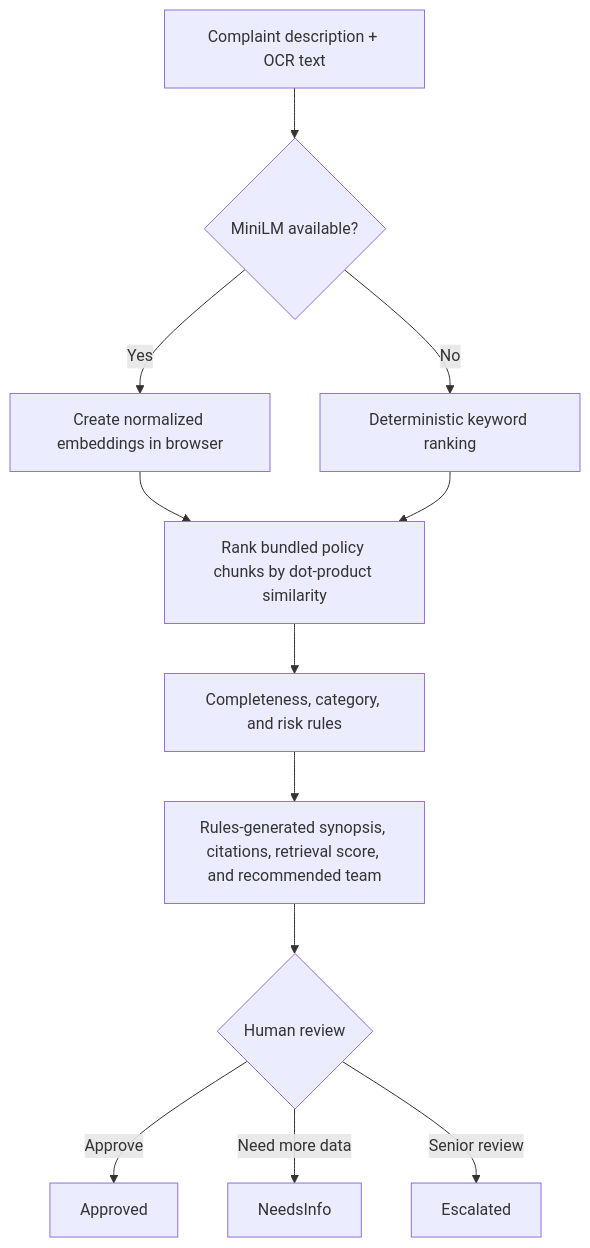
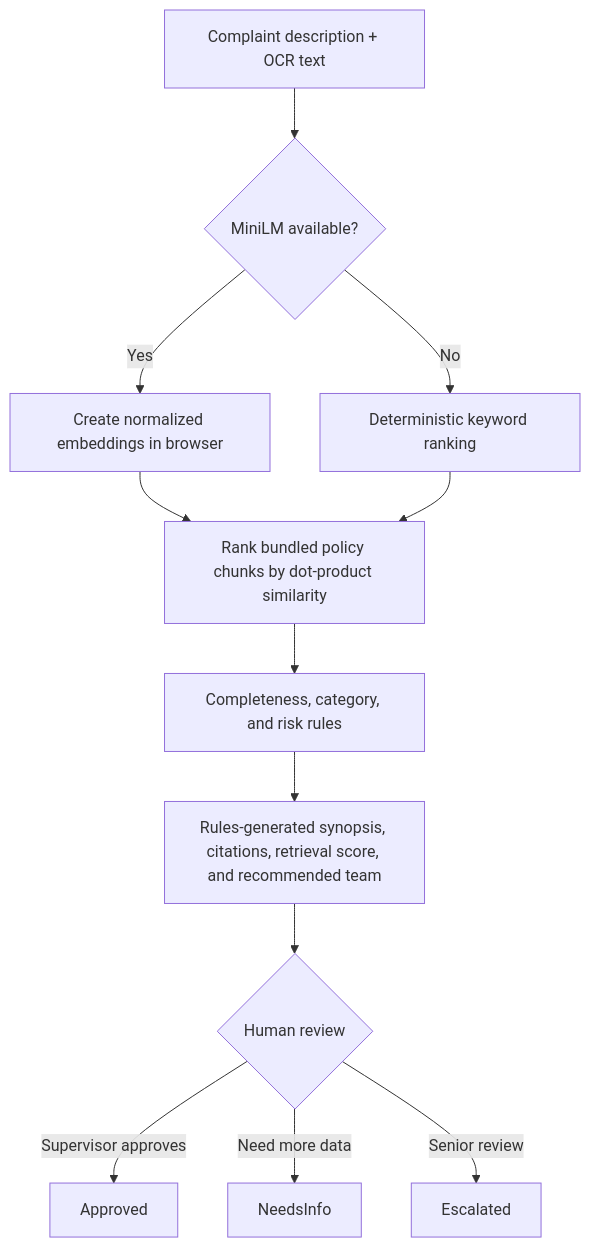
One commit to naveenalavilli/complaint-triage changed the fourth of 5 diagrams in docs/ARCHITECTURE.md. Above: the diagram before and after it, drawn with Mermaid. The commit also changed other lines of this file and 9 other files, not shown here.

````diff
--- a/docs/ARCHITECTURE.md
+++ b/docs/ARCHITECTURE.md
@@ -149,14 +149,14 @@
 ```mermaid
 flowchart TD
     Input[Complaint description + OCR text] --> ModelLoad{MiniLM available?}
     ModelLoad -->|Yes| Embed[Create normalized embeddings in browser]
     Embed --> Rank[Rank bundled policy chunks by dot-product similarity]
     ModelLoad -->|No| Lexical[Deterministic keyword ranking]
     Lexical --> Rank
     Rank --> Rules[Completeness, category, and risk rules]
     Rules --> Result[Rules-generated synopsis, citations, retrieval score, and recommended team]
     Result --> Human{Human review}
-    Human -->|Approve| Approved[Approved]
+    Human -->|Supervisor approves| Approved[Approved]
     Human -->|Need more data| NeedsInfo[NeedsInfo]
     Human -->|Senior review| Escalated[Escalated]
 ```
````
